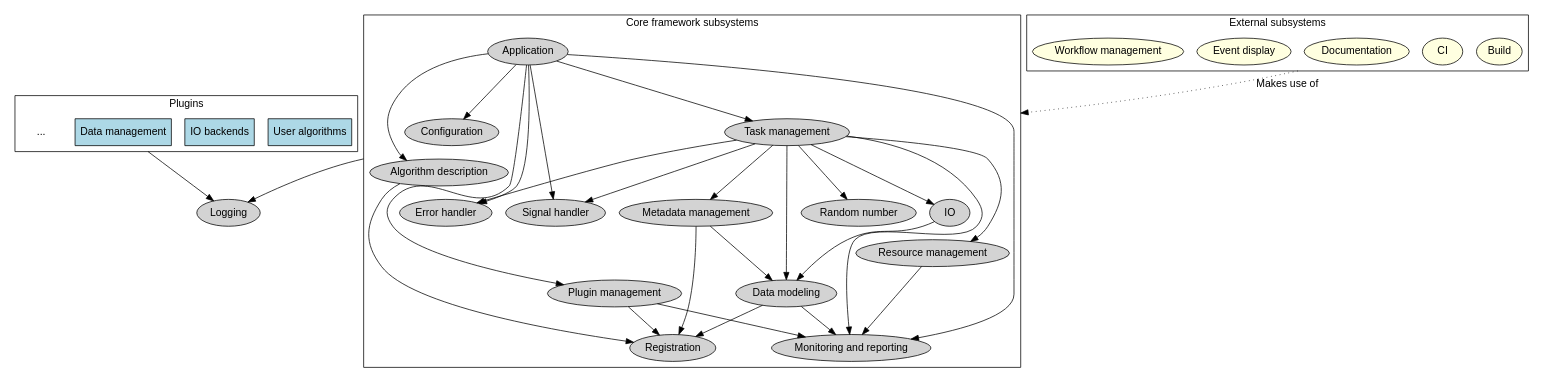
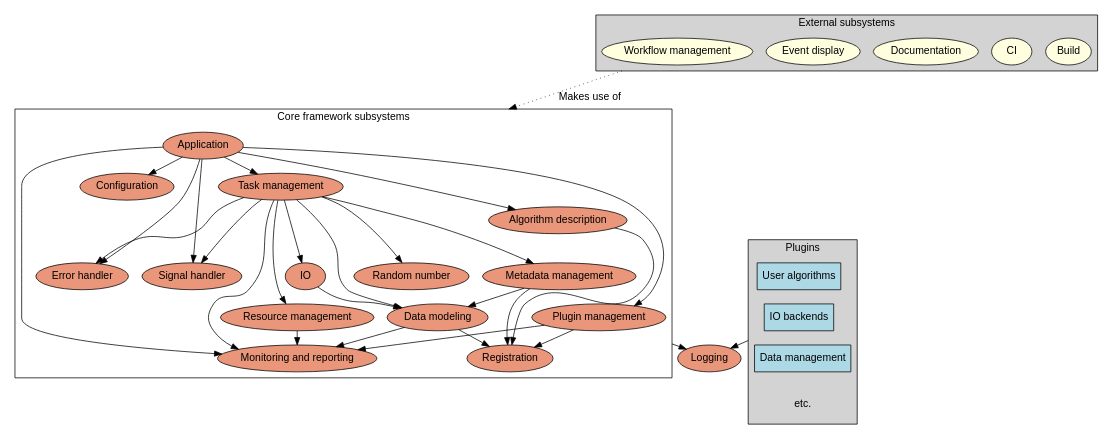
Before and after one commit to Framework-R-D/phlex-design: the diagram in subsystems.gv, drawn with Graphviz.

Commit message:
Cleanup format

```diff
--- a/subsystems.gv
+++ b/subsystems.gv
@@ -1,89 +1,100 @@
 digraph finite_state_machine {
   fontname="Helvetica,Arial,sans-serif"
   compound=true
-  node [fontname="Helvetica,Arial,sans-serif", style=filled, fillcolor=lightgray];
+  node [fontname="Helvetica,Arial,sans-serif", style=filled, fillcolor=darksalmon];
 
   logging [label="Logging"];
-
-  subgraph cluster_external {
-    label="External subsystems";
-    node [fillcolor=lightyellow];
-    Build;
-    CI;
-    Documentation;
-    event_display [label="Event display"];
-    workflow [label="Workflow management"];
-  }
-
-  subgraph cluster_plugins {
-    label="Plugins";
-    rankdir=TB;
-    node [shape=box,fillcolor=lightblue];
-    Algo [label="User algorithms"]
-    ROOT [label="IO backends"]
-    RUCIO [label="Data management"]
-    ellipsis [label="...", fillcolor=white, peripheries=0];
-  }
 
   subgraph cluster_core_subsystems {
     label = "Core framework subsystems";
 
     algo_description [label="Algorithm description"];
     application [label="Application"];
     configuration [label="Configuration"];
     data_modeling [label="Data modeling"];
     error_handler [label="Error handler"];
     io [label="IO"];
     metadata_management [label="Metadata management"];
     monitoring [label="Monitoring and reporting"];
     plugin_management [label="Plugin management"];
     registration [label="Registration"];
     random_number [ label="Random number"];
     resource_management [label="Resource management"];
     signal_handler [label="Signal handler"];
     task_management [label="Task management"];
+
+    { rank=same; plugin_management; data_modeling; resource_management; }
 
     algo_description -> registration;
 
     application -> algo_description;
     application -> configuration;
     application -> error_handler;
     application -> monitoring;
     application -> plugin_management;
     application -> signal_handler;
     application -> task_management;
 
     data_modeling -> monitoring;
     data_modeling -> registration;
 
     io -> data_modeling;
 
     metadata_management -> data_modeling;
     metadata_management -> registration;
 
     plugin_management -> monitoring;
     plugin_management -> registration;
 
     resource_management -> monitoring;
 
     task_management -> data_modeling;
     task_management -> error_handler;
     task_management -> io;
     task_management -> metadata_management;
     task_management -> monitoring;
     task_management -> random_number;
     task_management -> resource_management;
     task_management -> signal_handler;
   }
 
-  task_management -> logging [ltail=cluster_core_subsystems,
-                              fontname="Helvetica,Arial,sans-serif"];
-  RUCIO -> logging [ltail=cluster_plugins,
-                              fontname="Helvetica,Arial,sans-serif"];
-  Documentation -> task_management [ltail=cluster_external,
-                                    lhead=cluster_core_subsystems,
-                                    fontname="Helvetica,Arial,sans-serif",
-                                    label="Makes use of",
-                                    style=dotted]
+  subgraph cluster_external {
+    label="External subsystems";
+    edge [style=invis]
+    node [fillcolor=lightyellow];
+    style="filled";
+    fillcolor="lightgray";
 
+    Build;
+    CI;
+    Documentation;
+    event_display [label="Event display"];
+    workflow [label="Workflow management"];
+  }
+
+  subgraph cluster_plugins {
+    label="Plugins";
+    edge [style=invis]
+    node [shape=box,fillcolor=lightblue];
+    ranksep="0.05";
+    style="filled";
+    fillcolor="lightgray";
+
+    Algo [label="User algorithms"]
+    ROOT [label="IO backends"]
+    RUCIO [label="Data management"]
+    ellipsis [label="etc.", fillcolor=none, peripheries=0];
+    Algo -> ROOT -> RUCIO -> ellipsis
+  }
+
+  plugin_management -> logging [ltail=cluster_core_subsystems,
+                                fontname="Helvetica,Arial,sans-serif"];
+  ROOT -> logging [ltail=cluster_plugins,
+                   fontname="Helvetica,Arial,sans-serif"];
+  workflow -> task_management [ltail=cluster_external,
+                               lhead=cluster_core_subsystems,
+                               fontname="Helvetica,Arial,sans-serif",
+                               label="Makes use of",
+                               style=dotted,
+                               minlen=3]
 }
```
